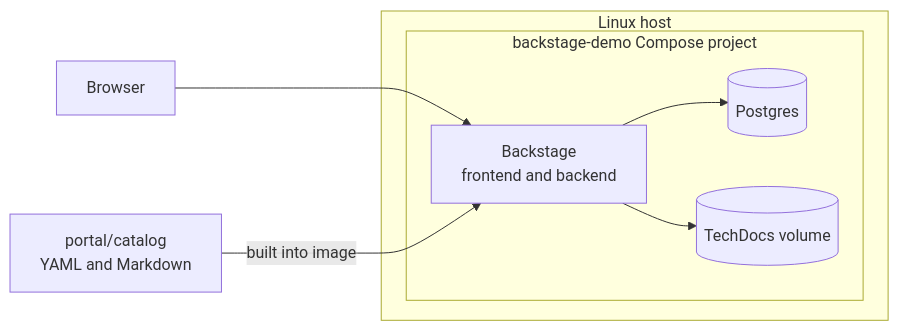
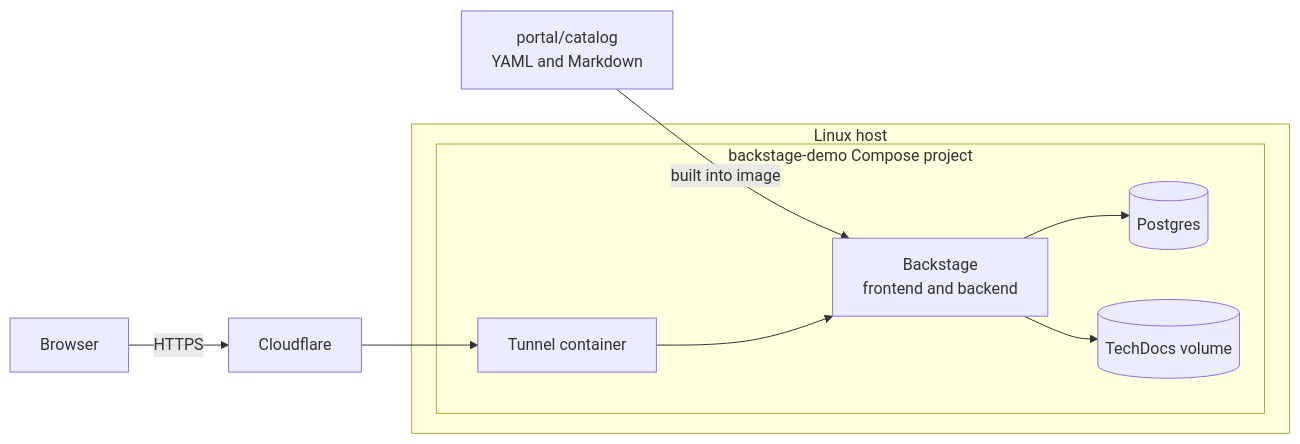
One commit to fossierstudio/fossier-portal changed the diagram in README.md. Above: the diagram before and after it, drawn with Mermaid. The commit also changed other lines of this file and 14 other files, not shown here.

````diff
--- a/README.md
+++ b/README.md
@@ -43,14 +43,17 @@
 ```mermaid
 flowchart LR
-    browser[Browser] --> portal
+    browser[Browser] -->|HTTPS| cloudflare[Cloudflare]
+    cloudflare --> tunnel
     subgraph host[Linux host]
         subgraph stack[backstage-demo Compose project]
+            tunnel[Tunnel container]
             portal[Backstage<br/>frontend and backend]
             postgres[(Postgres)]
             techdocs[(TechDocs volume)]
         end
     end
     catalog[portal/catalog<br/>YAML and Markdown] -->|built into image| portal
+    tunnel --> portal
     portal --> postgres
     portal --> techdocs
 ```
````
